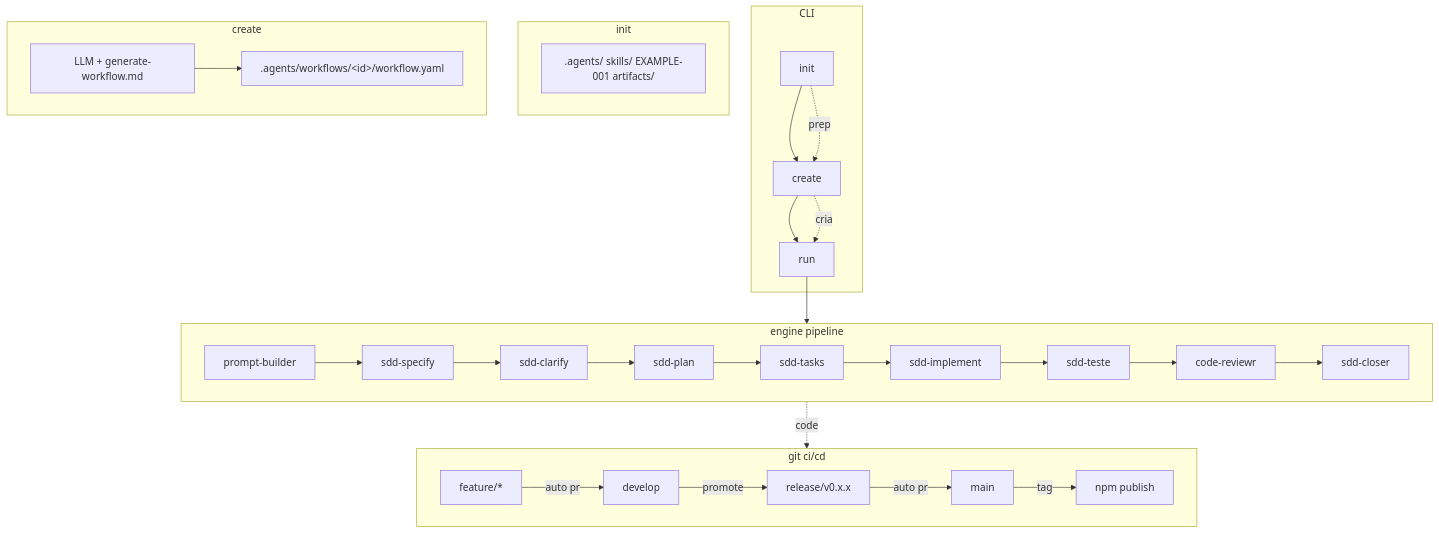
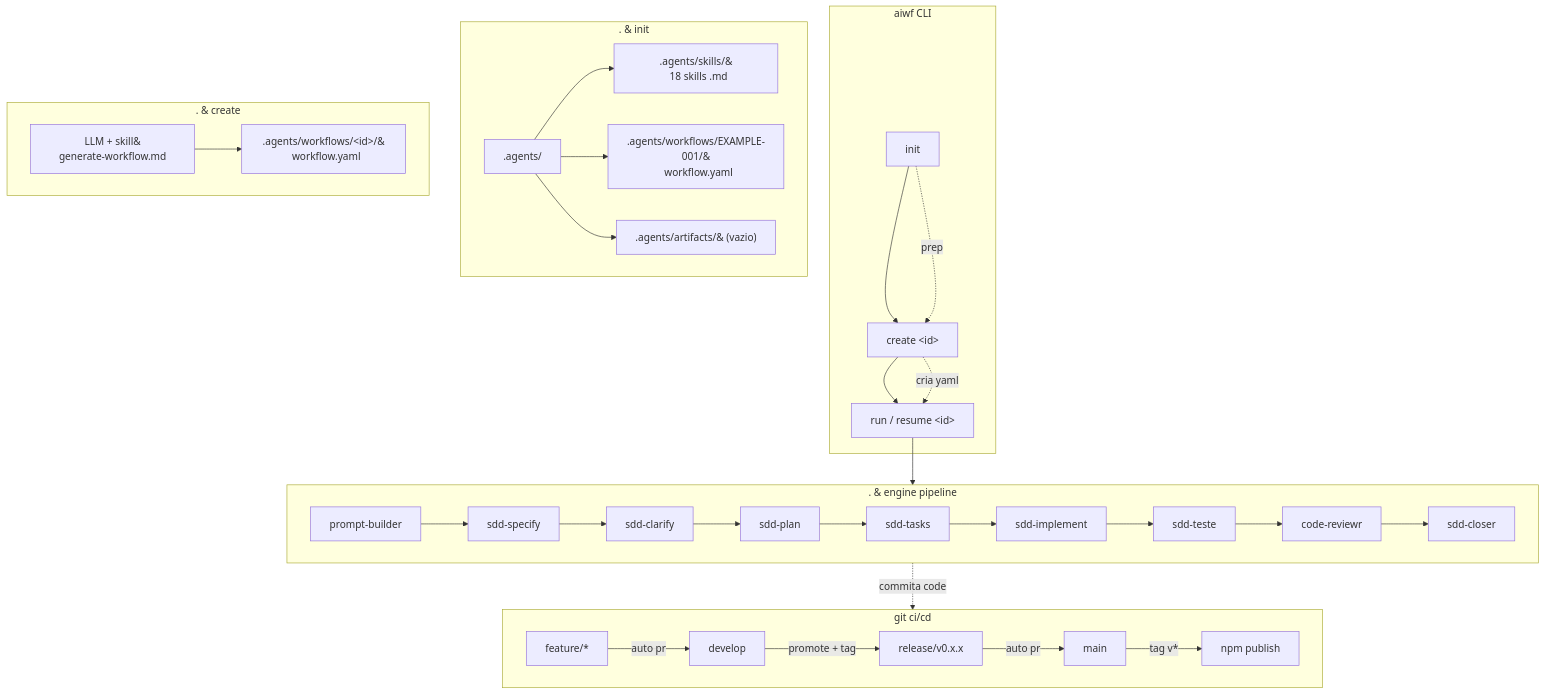
Before and after one commit to DeysiLopes/aiwf: the diagram in aiwf-fluxo.mmd, drawn with Mermaid.

Commit message:
chore: clearer init structure in mmd

```diff
--- a/aiwf-fluxo.mmd
+++ b/aiwf-fluxo.mmd
@@ -1,37 +1,51 @@
 flowchart TD
-  subgraph CLI["CLI"]
-    init --> create --> run
+  subgraph CLI["aiwf CLI"]
+    init["init"] --> create["create &lt;id&gt;"]
+    create --> run["run / resume &lt;id&gt;"]
   end
 
-  subgraph INIT["init"]
-    I1[".agents/ skills/ EXAMPLE-001 artifacts/"]
+  subgraph INIT[". &#10;  init"]
+    AGENTS[".agents/"]
+    SKILLS[".agents/skills/&#10;  18 skills .md"]
+    EXAMPLE[".agents/workflows/EXAMPLE-001/&#10;  workflow.yaml"]
+    ARTIFACTS[".agents/artifacts/&#10;  (vazio)"]
+    AGENTS --> SKILLS
+    AGENTS --> EXAMPLE
+    AGENTS --> ARTIFACTS
   end
 
-  subgraph CREATE["create"]
-    C1["LLM + generate-workflow.md"]
-    C2[".agents/workflows/&lt;id&gt;/workflow.yaml"]
-    C1 --> C2
+  subgraph CREATE[". &#10;  create"]
+    LLM_CMD["LLM + skill&#10;generate-workflow.md"]
+    GENERATED[".agents/workflows/&lt;id&gt;/&#10;  workflow.yaml"]
+    LLM_CMD --> GENERATED
   end
 
-  subgraph ENGINE["engine pipeline"]
-    E1["prompt-builder"]
-    E2["sdd-specify"]
-    E3["sdd-clarify"]
-    E4["sdd-plan"]
-    E5["sdd-tasks"]
-    E6["sdd-implement"]
-    E7["sdd-teste"]
-    E8["code-reviewr"]
-    E9["sdd-closer"]
-    E1 --> E2 --> E3 --> E4 --> E5 --> E6 --> E7 --> E8 --> E9
+  subgraph ENGINE[". &#10;  engine pipeline"]
+    PB["prompt-builder"]
+    SP["sdd-specify"]
+    CL["sdd-clarify"]
+    PL["sdd-plan"]
+    TK["sdd-tasks"]
+    IM["sdd-implement"]
+    TE["sdd-teste"]
+    CR["code-reviewr"]
+    CLO["sdd-closer"]
+    PB --> SP --> CL --> PL --> TK --> IM --> TE --> CR --> CLO
   end
 
   subgraph GIT["git ci/cd"]
-    G1["feature/*"] -->|auto pr| G2["develop"]
-    G2 -->|promote| G3["release/v0.x.x"]
-    G3 -->|auto pr| G4["main"]
-    G4 -->|tag| G5["npm publish"]
+    F["feature/*"]
+    DEV["develop"]
+    REL["release/v0.x.x"]
+    MAIN["main"]
+    NPM["npm publish"]
+    F -->|auto pr| DEV
+    DEV -->|promote + tag| REL
+    REL -->|auto pr| MAIN
+    MAIN -->|tag v*| NPM
   end
 
-  init -.->|prep| create -.->|cria| run
-  run --> ENGINE -.->|code| GIT
+  init -.->|prep| create
+  create -.->|cria yaml| run
+  run --> ENGINE
+  ENGINE -.->|commita code| GIT
```
